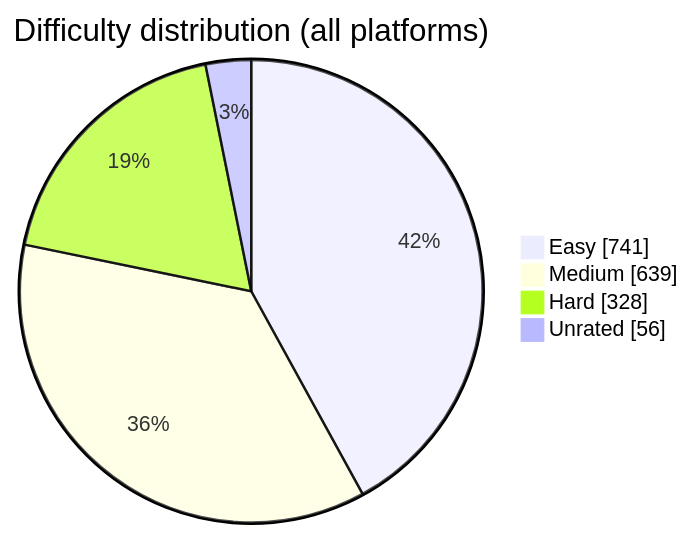
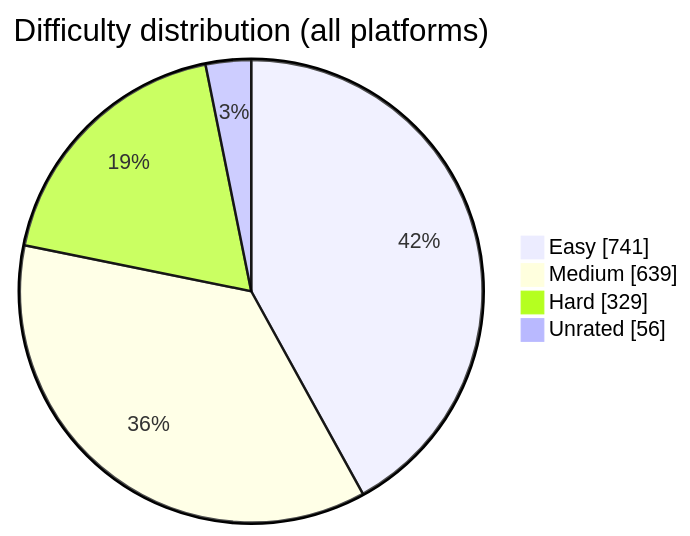
The diagram in README.md (BuildbyArindam/Daily-Coding-Log), drawn with Mermaid before and after one commit. The commit also changed other lines of this file, not shown here.

````diff
--- a/README.md
+++ b/README.md
@@ -108,7 +108,7 @@
 ```mermaid
 pie showData title Difficulty distribution (all platforms)
     "Easy" : 741
     "Medium" : 639
-    "Hard" : 328
+    "Hard" : 329
     "Unrated" : 56
 ```
````
